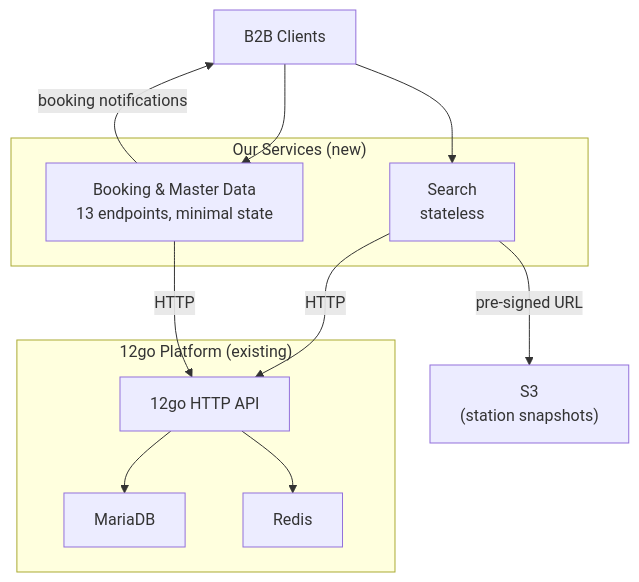
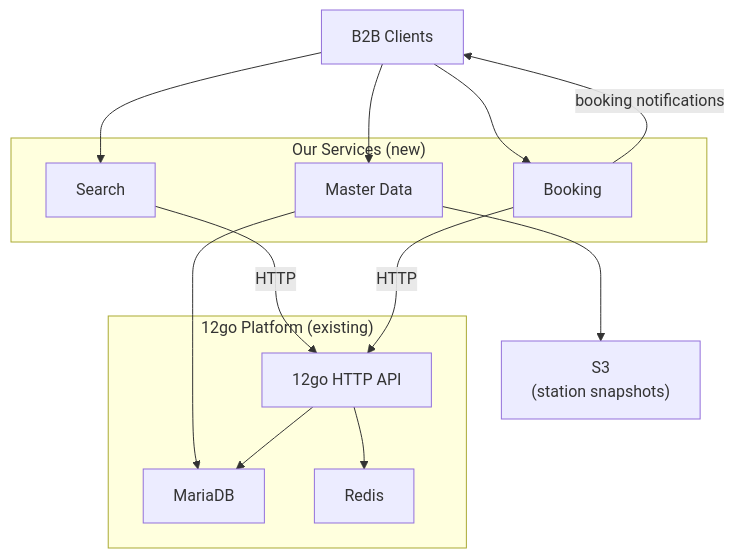
One commit to sosotravelier/tc-transition-to-12go changed the fourth of 6 diagrams in presentation/meeting-brief.md. Above: the diagram before and after it, drawn with Mermaid. The commit also changed other lines of this file, not shown here.

Commit message:
Microservice diagram: Master Data as separate service, simplify labels
- Add Master Data as third microservice (Search, Booking, Master Data)
- Master Data connected to S3 and MariaDB; B2B clients call it
- Update to 3-service topology
- Simplify service labels (Search, Booking, Master Data)

Made-with: Cursor

````diff
--- a/presentation/meeting-brief.md
+++ b/presentation/meeting-brief.md
@@ -103,26 +103,29 @@
 ```mermaid
 flowchart TB
     Client["B2B Clients"]
 
     subgraph services["Our Services (new)"]
-        Search["Search\nstateless"]
-        Booking["Booking & Master Data\n13 endpoints, minimal state"]
+        Search["Search"]
+        Booking["Booking"]
+        MasterData["Master Data"]
     end
 
     subgraph twelvego["12go Platform (existing)"]
         API["12go HTTP API"]
         DB["MariaDB"]
         Redis["Redis"]
     end
 
     S3["S3\n(station snapshots)"]
 
     Client --> Search
     Client --> Booking
+    Client --> MasterData
     Search -->|"HTTP"| API
     Booking -->|"HTTP"| API
-    Search -->|"pre-signed URL"| S3
     Booking -->|"booking notifications"| Client
+    MasterData --> S3
+    MasterData --> DB
     API --> DB
     API --> Redis
 ```
````
